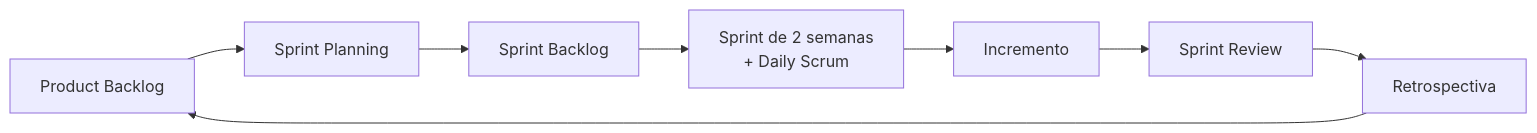
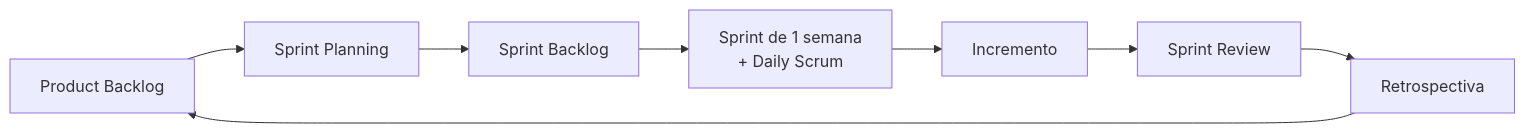
One commit to FranciedsonLLS/Projeto-Engenharia-de-Software---KG-Refrigeracao changed the diagram in README.md. Above: the diagram before and after it, drawn with Mermaid. The commit also changed other lines of this file and 7 other files, not shown here.

````diff
--- a/README.md
+++ b/README.md
@@ -65,10 +80,10 @@
 ```mermaid
 flowchart LR
     PB[Product Backlog] --> SP[Sprint Planning]
     SP --> SB[Sprint Backlog]
-    SB --> D[Sprint de 2 semanas<br/>+ Daily Scrum]
+    SB --> D[Sprint de 1 semana<br/>+ Daily Scrum]
     D --> I[Incremento]
     I --> R[Sprint Review]
     R --> RE[Retrospectiva]
     RE --> PB
 ```
````
